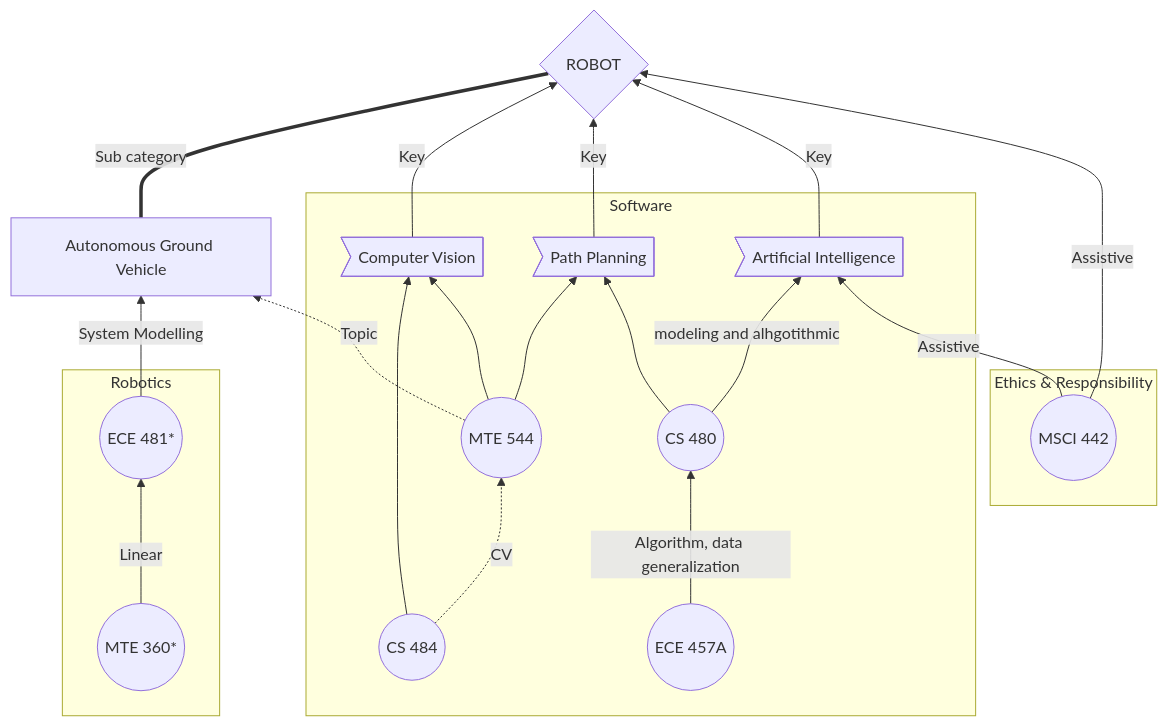
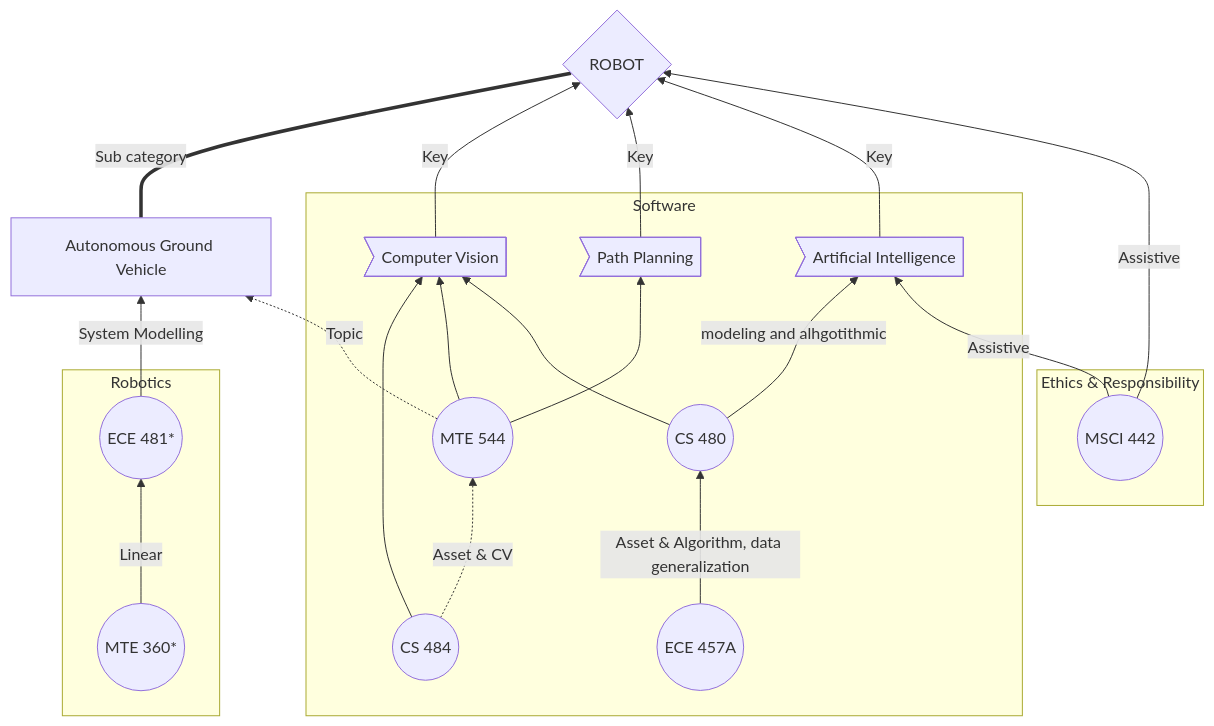
One commit to jaku-jaku/my-website changed the diagram in Resources/Blogs/Mechatronics-AIoption.md. Above: the diagram before and after it, drawn with Mermaid.

Commit message:
+ udpated notes

````diff
--- a/Resources/Blogs/Mechatronics-AIoption.md
+++ b/Resources/Blogs/Mechatronics-AIoption.md
@@ -235,39 +235,39 @@
 ```mermaid
 graph BT
 A((ECE 457A))
 B((MSCI 442))
 C((CS 480))
 D((MTE 360*))
 E((CS 484))
 F((ECE 481*))
 G((MTE 544))
 H{ROBOT}
 H2[Autonomous Ground Vehicle]
 H3>Artificial Intelligence]
 H4>Computer Vision]
 H5>Path Planning]
 subgraph Robotics 
 D --Linear--> F
 end
 F --System Modelling --> H2
 H2 == Sub category ===H
 subgraph Software
 C --modeling and alhgotithmic-->H3
-A --Algorithm, data generalization--> C
+A --Asset & Algorithm, data generalization--> C
 E --> H4
 G --> H4
 G --> H5
-C --> H5
-E -. CV .-> G
+C --> H4
+E -. Asset & CV .-> G
 end
 G -. Topic .-> H2
 H4-- Key -->H
 H5-- Key -->H
 H3-- Key -->H
 subgraph Ethics & Responsibility
 B
 end
 B -- Assistive --> H3
 B -- Assistive --> H
 
 ```
````
